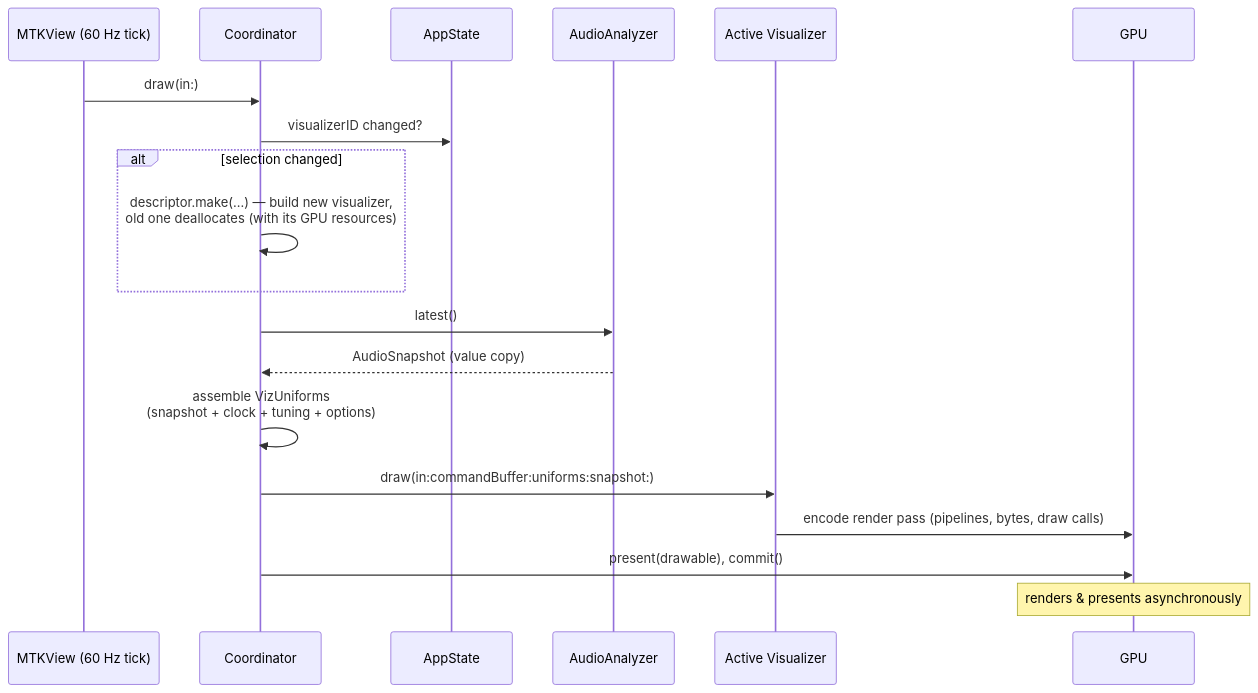
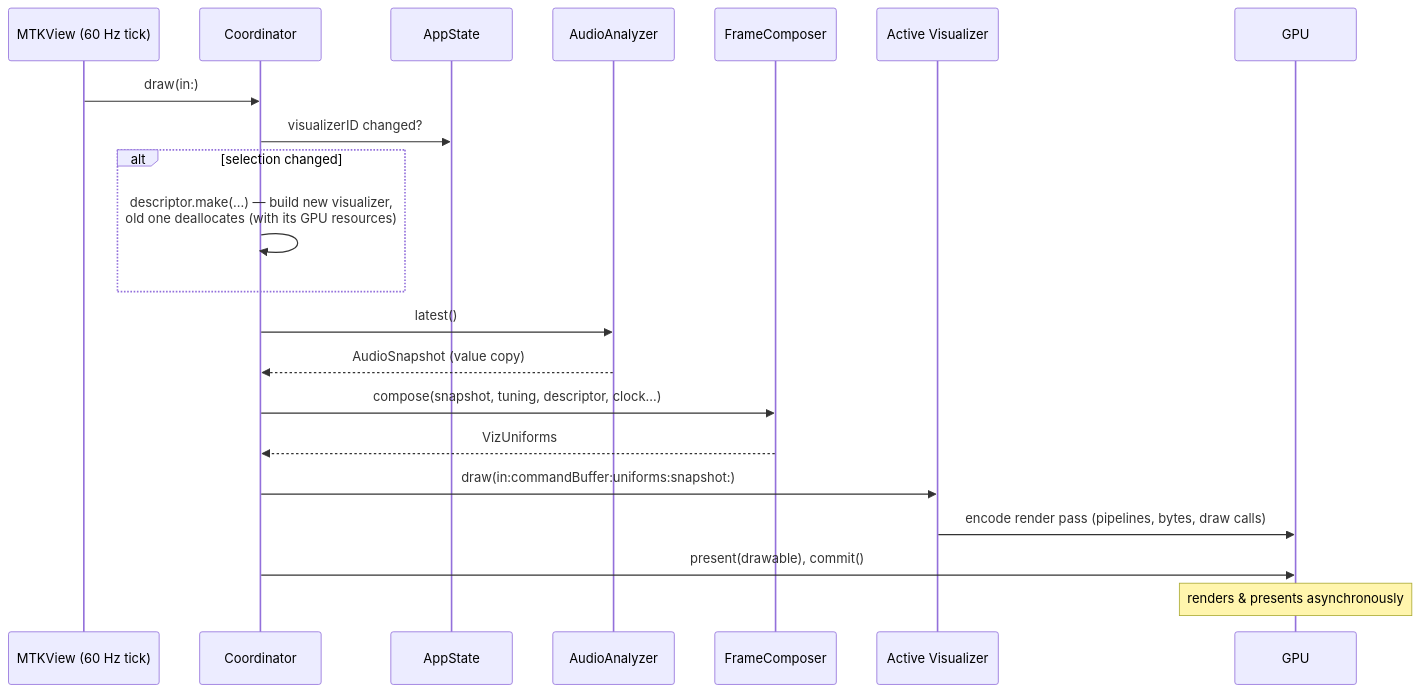
The first of 3 diagrams in docs/rendering.md (jonjaques/synesthia), drawn with Mermaid before and after one commit. The commit also changed other lines of this file and 23 other files, not shown here.

First line of the commit message:
The audio seam, the playback policy, and the frame composer (#25)

````diff
--- a/docs/rendering.md
+++ b/docs/rendering.md
@@ -37,22 +37,24 @@
 ```mermaid
 sequenceDiagram
     participant MTK as MTKView (60 Hz tick)
     participant C as Coordinator
     participant AS as AppState
     participant AN as AudioAnalyzer
+    participant FC as FrameComposer
     participant V as Active Visualizer
     participant GPU as GPU
 
     MTK->>C: draw(in:)
     C->>AS: visualizerID changed?
     alt selection changed
         C->>C: descriptor.make(...) — build new visualizer,<br>old one deallocates (with its GPU resources)
     end
     C->>AN: latest()
     AN-->>C: AudioSnapshot (value copy)
-    C->>C: assemble VizUniforms<br>(snapshot + clock + tuning + options)
+    C->>FC: compose(snapshot, tuning, descriptor, clock…)
+    FC-->>C: VizUniforms
     C->>V: draw(in:commandBuffer:uniforms:snapshot:)
     V->>GPU: encode render pass (pipelines, bytes, draw calls)
     C->>GPU: present(drawable), commit()
     Note over GPU: renders & presents asynchronously
 ```
````
